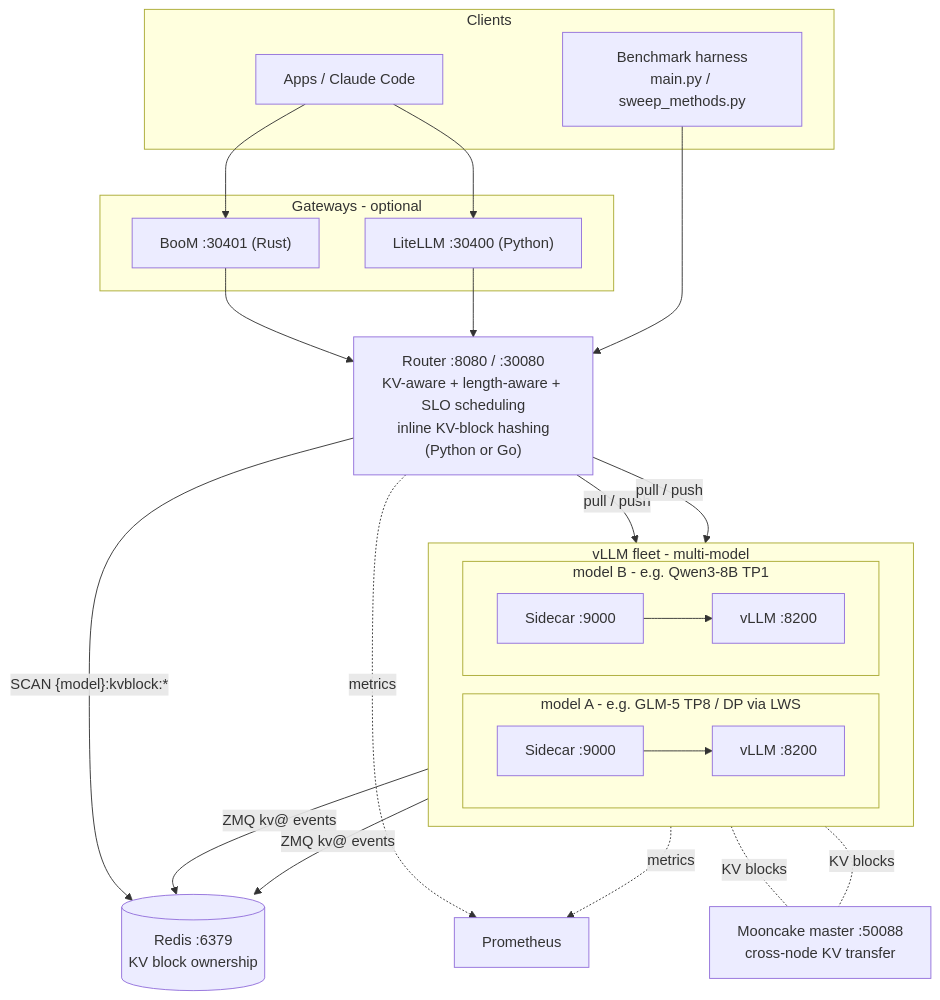
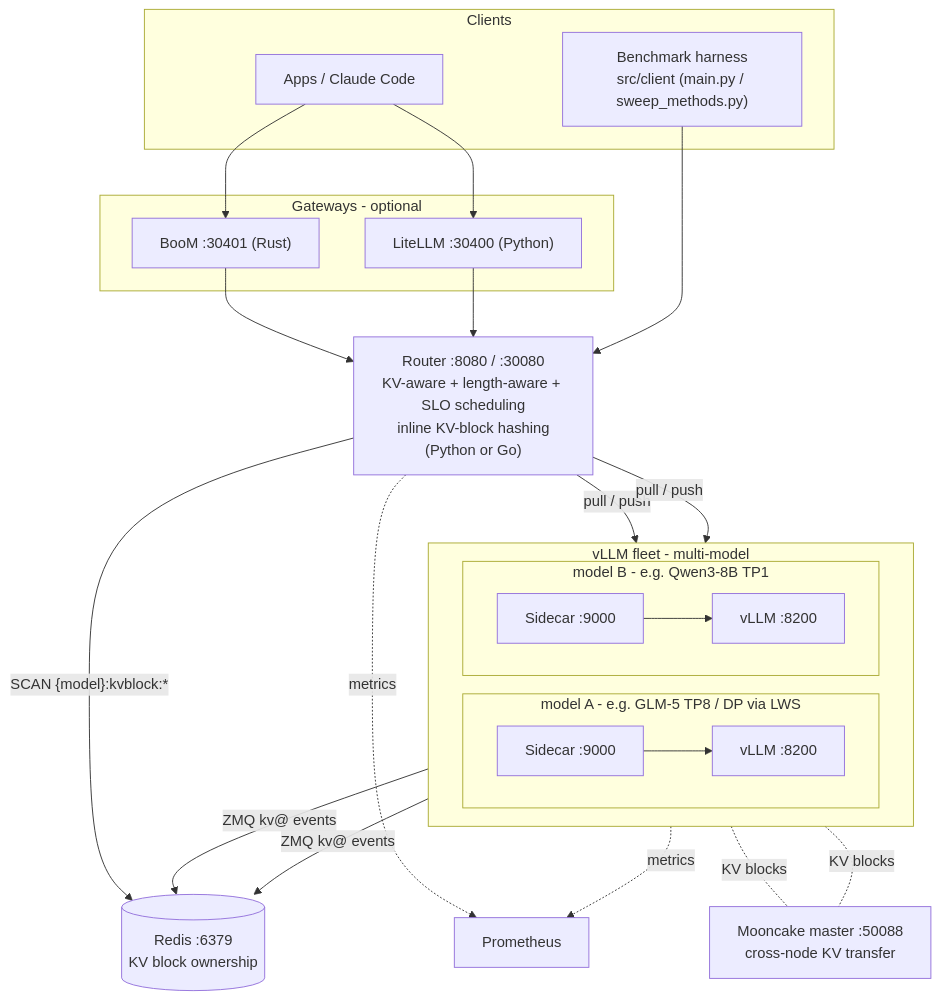
Before and after one commit to immengzi/LLM-LA: the diagram in README.md, drawn with Mermaid. The commit also changed other lines of this file and 366 other files, not shown here.

First line of the commit message:
refactor(repo): split src/ into src/client and src/core

````diff
--- a/README.md
+++ b/README.md
@@ -39,41 +37,41 @@
 ```mermaid
 flowchart TB
   subgraph clients [Clients]
-    Bench["Benchmark harness<br/>main.py / sweep_methods.py"]
+    Bench["Benchmark harness<br/>src/client (main.py / sweep_methods.py)"]
     App["Apps / Claude Code"]
   end
 
   subgraph gw [Gateways - optional]
     BooM["BooM :30401 (Rust)"]
     LiteLLM["LiteLLM :30400 (Python)"]
   end
 
   Router["Router :8080 / :30080<br/>KV-aware + length-aware + SLO scheduling<br/>inline KV-block hashing<br/>(Python or Go)"]
   Redis[("Redis :6379<br/>KV block ownership")]
   Prom["Prometheus"]
 
   subgraph serving [vLLM fleet - multi-model]
     direction LR
     subgraph mA [model A - e.g. GLM-5 TP8 / DP via LWS]
       SA["Sidecar :9000"] --> VA["vLLM :8200"]
     end
     subgraph mB [model B - e.g. Qwen3-8B TP1]
       SB["Sidecar :9000"] --> VB["vLLM :8200"]
     end
   end
 
   Mooncake["Mooncake master :50088<br/>cross-node KV transfer"]
 
   App --> BooM --> Router
   App --> LiteLLM --> Router
   Bench --> Router
   Router -->|"pull / push"| SA
   Router -->|"pull / push"| SB
   Router -->|"SCAN {model}:kvblock:*"| Redis
   SA -->|"ZMQ kv@ events"| Redis
   SB -->|"ZMQ kv@ events"| Redis
   VA -. KV blocks .- Mooncake
   VB -. KV blocks .- Mooncake
   Router -.->|metrics| Prom
   SA -.->|metrics| Prom
 ```
````
